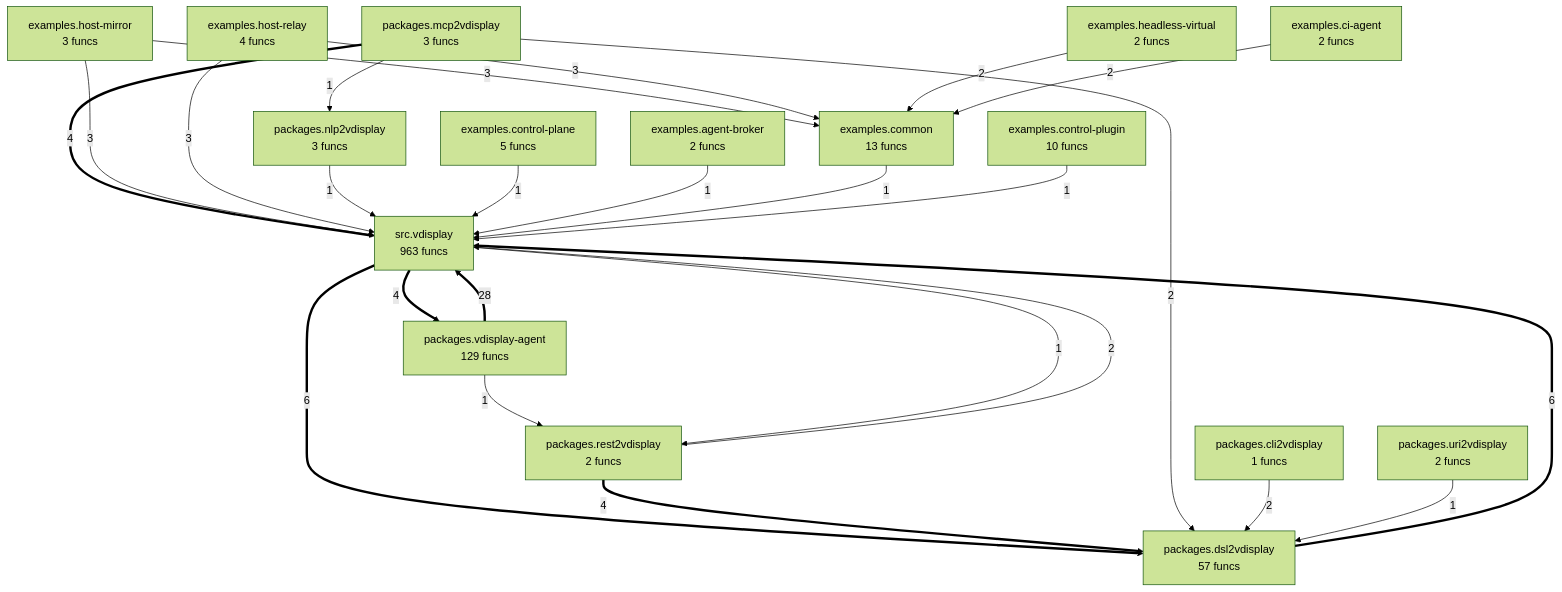
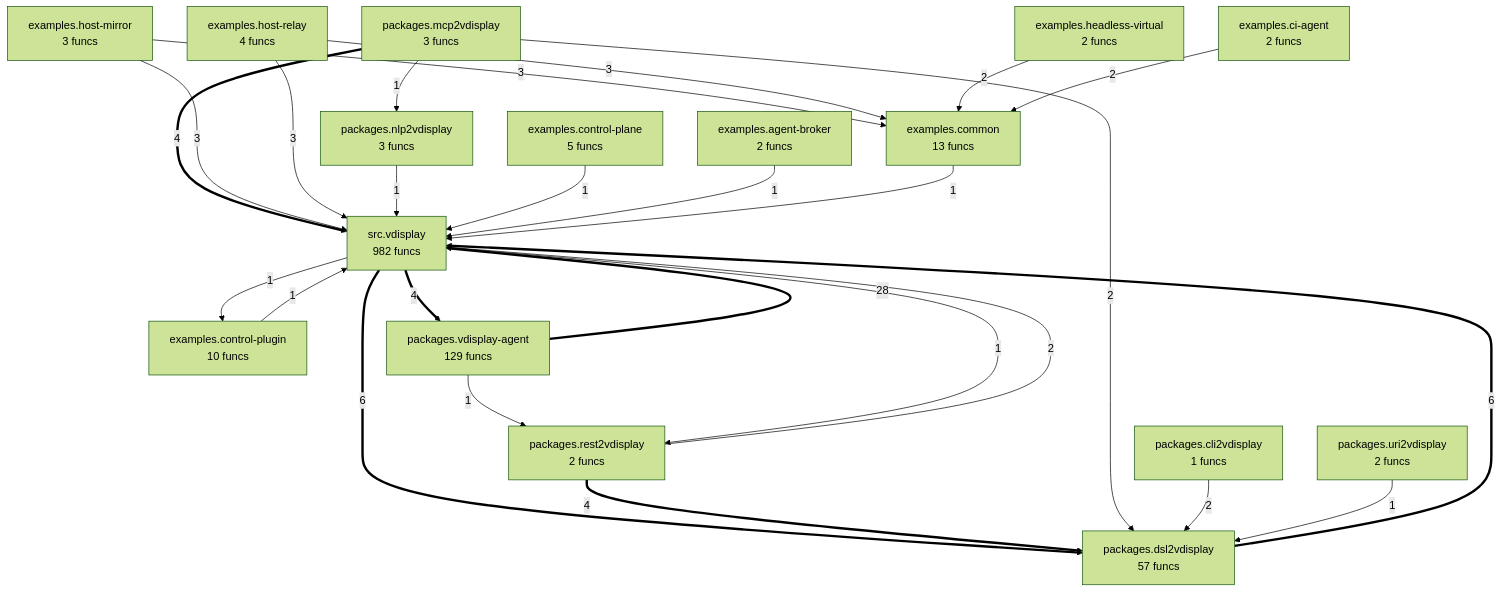
Before and after one commit to wronai/vdisplay: the diagram in project/compact_flow.mmd, drawn with Mermaid (forest theme). The commit also changed 38 other files, not shown here.

```diff
--- a/project/compact_flow.mmd
+++ b/project/compact_flow.mmd
@@ -1,42 +1,43 @@
 flowchart TD
-%% generated in 0.14s
+%% generated in 0.06s
     examples__agent_broker["examples.agent-broker<br/>2 funcs"]
     examples__ci_agent["examples.ci-agent<br/>2 funcs"]
     examples__common["examples.common<br/>13 funcs"]
     examples__control_plane["examples.control-plane<br/>5 funcs"]
     examples__control_plugin["examples.control-plugin<br/>10 funcs"]
     examples__headless_virtual["examples.headless-virtual<br/>2 funcs"]
     examples__host_mirror["examples.host-mirror<br/>3 funcs"]
     examples__host_relay["examples.host-relay<br/>4 funcs"]
     packages__cli2vdisplay["packages.cli2vdisplay<br/>1 funcs"]
     packages__dsl2vdisplay["packages.dsl2vdisplay<br/>57 funcs"]
     packages__mcp2vdisplay["packages.mcp2vdisplay<br/>3 funcs"]
     packages__nlp2vdisplay["packages.nlp2vdisplay<br/>3 funcs"]
     packages__rest2vdisplay["packages.rest2vdisplay<br/>2 funcs"]
     packages__uri2vdisplay["packages.uri2vdisplay<br/>2 funcs"]
     packages__vdisplay_agent["packages.vdisplay-agent<br/>129 funcs"]
-    src__vdisplay["src.vdisplay<br/>963 funcs"]
+    src__vdisplay["src.vdisplay<br/>982 funcs"]
     packages__vdisplay_agent ==>|28| src__vdisplay
     packages__dsl2vdisplay ==>|6| src__vdisplay
     src__vdisplay ==>|6| packages__dsl2vdisplay
     packages__mcp2vdisplay ==>|4| src__vdisplay
     packages__rest2vdisplay ==>|4| packages__dsl2vdisplay
     src__vdisplay ==>|4| packages__vdisplay_agent
     examples__host_mirror -->|3| src__vdisplay
     examples__host_mirror -->|3| examples__common
     examples__host_relay -->|3| src__vdisplay
     examples__host_relay -->|3| examples__common
     packages__mcp2vdisplay -->|2| packages__dsl2vdisplay
     packages__cli2vdisplay -->|2| packages__dsl2vdisplay
     packages__rest2vdisplay -->|2| src__vdisplay
     examples__headless_virtual -->|2| examples__common
     examples__ci_agent -->|2| examples__common
     packages__mcp2vdisplay -->|1| packages__nlp2vdisplay
     packages__uri2vdisplay -->|1| packages__dsl2vdisplay
     packages__nlp2vdisplay -->|1| src__vdisplay
     packages__vdisplay_agent -->|1| packages__rest2vdisplay
+    examples__control_plugin -->|1| src__vdisplay
     examples__control_plane -->|1| src__vdisplay
     examples__agent_broker -->|1| src__vdisplay
     examples__common -->|1| src__vdisplay
     src__vdisplay -->|1| packages__rest2vdisplay
-    examples__control_plugin -->|1| src__vdisplay
+    src__vdisplay -->|1| examples__control_plugin
```
